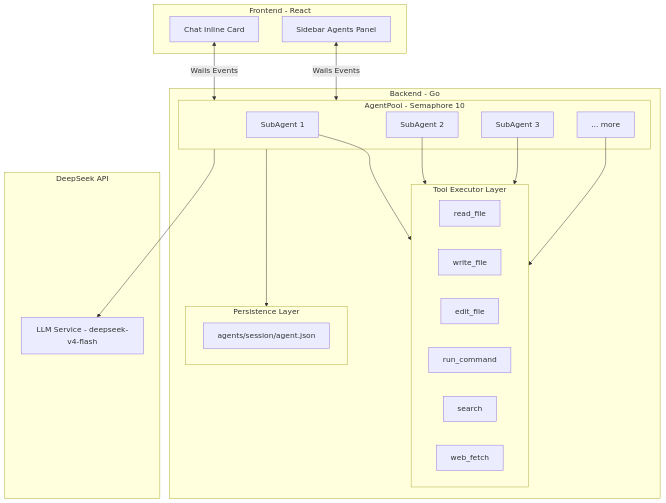
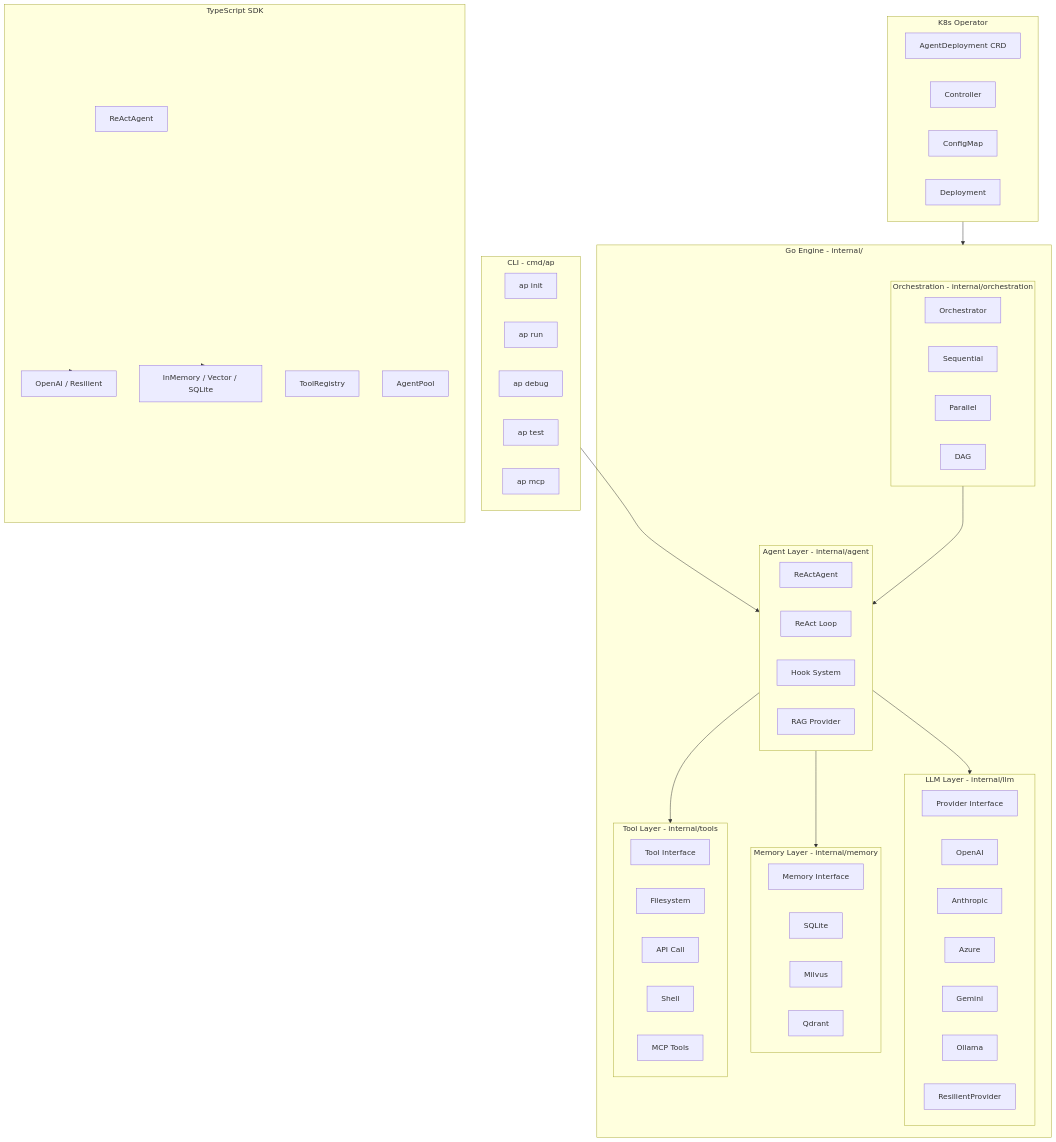
One commit to 1405451216/AgentPrimordia changed the first of 6 diagrams in docs/architecture-mermaid.md. Above: the diagram before and after it, drawn with Mermaid. The commit also changed other lines of this file and 66 other files, not shown here.

First line of the commit message:
release: v0.7.0 — security hardening + Operator + TS SDK expansion

````diff
--- a/docs/architecture-mermaid.md
+++ b/docs/architecture-mermaid.md
@@ -5,44 +5,75 @@
 ```mermaid
 graph TB
-    subgraph Frontend["Frontend - React"]
-        ChatCard["Chat Inline Card"]
-        SidebarPanel["Sidebar Agents Panel"]
+    subgraph CLI["CLI - cmd/ap"]
+        Init["ap init"]
+        Run["ap run"]
+        Debug["ap debug"]
+        Test["ap test"]
+        MCP["ap mcp"]
     end
 
-    subgraph Backend["Backend - Go"]
-        subgraph AgentPool["AgentPool - Semaphore 10"]
-            SA1["SubAgent 1"]
-            SA2["SubAgent 2"]
-            SA3["SubAgent 3"]
-            SAN["... more"]
+    subgraph Core["Go Engine - internal/"]
+        subgraph AgentLayer["Agent Layer - internal/agent"]
+            RA["ReActAgent"]
+            RL["ReAct Loop"]
+            Hooks["Hook System"]
+            RAG["RAG Provider"]
         end
 
-        subgraph ToolLayer["Tool Executor Layer"]
-            TF["read_file"]
-            TW["write_file"]
-            TE["edit_file"]
-            TR["run_command"]
-            TS["search"]
-            WF["web_fetch"]
+        subgraph LLMLayer["LLM Layer - internal/llm"]
+            P["Provider Interface"]
+            OAI["OpenAI"]
+            ANT["Anthropic"]
+            AZ["Azure"]
+            GEM["Gemini"]
+            OLL["Ollama"]
+            RES["ResilientProvider"]
         end
 
-        subgraph Persistence["Persistence Layer"]
-            Store["agents/session/agent.json"]
+        subgraph MemoryLayer["Memory Layer - internal/memory"]
+            MI["Memory Interface"]
+            SQL["SQLite"]
+            MIL["Milvus"]
+            QDR["Qdrant"]
+        end
+
+        subgraph ToolLayer["Tool Layer - internal/tools"]
+            TI["Tool Interface"]
+            FS["Filesystem"]
+            API["API Call"]
+            CMD["Shell"]
+            MCP_T["MCP Tools"]
+        end
+
+        subgraph OrchLayer["Orchestration - internal/orchestration"]
+            ORC["Orchestrator"]
+            SEQ["Sequential"]
+            PAR["Parallel"]
+            DAG["DAG"]
         end
     end
 
-    subgraph API["DeepSeek API"]
-        LLM["LLM Service - deepseek-v4-flash"]
+    subgraph Operator["K8s Operator"]
+        CRD["AgentDeployment CRD"]
+        CTRL["Controller"]
+        CM["ConfigMap"]
+        DEP["Deployment"]
     end
 
-    ChatCard <-->|"Wails Events"| AgentPool
-    SidebarPanel <-->|"Wails Events"| AgentPool
+    subgraph SDK["TypeScript SDK"]
+        TSRA["ReActAgent"]
+        TSP["OpenAI / Resilient"]
+        TSM["InMemory / Vector / SQLite"]
+        TST["ToolRegistry"]
+        TSPool["AgentPool"]
+    end
 
-    SA1 --> ToolLayer
-    SA2 --> ToolLayer
-    SA3 --> ToolLayer
-    SAN --> ToolLayer
-
-    AgentPool --> Persistence
-    AgentPool --> LLM
+    CLI --> AgentLayer
+    AgentLayer --> LLMLayer
+    AgentLayer --> MemoryLayer
+    AgentLayer --> ToolLayer
+    OrchLayer --> AgentLayer
+    Operator --> Core
+    SDK --> TSP
+    SDK --> TSM
 ```
````
